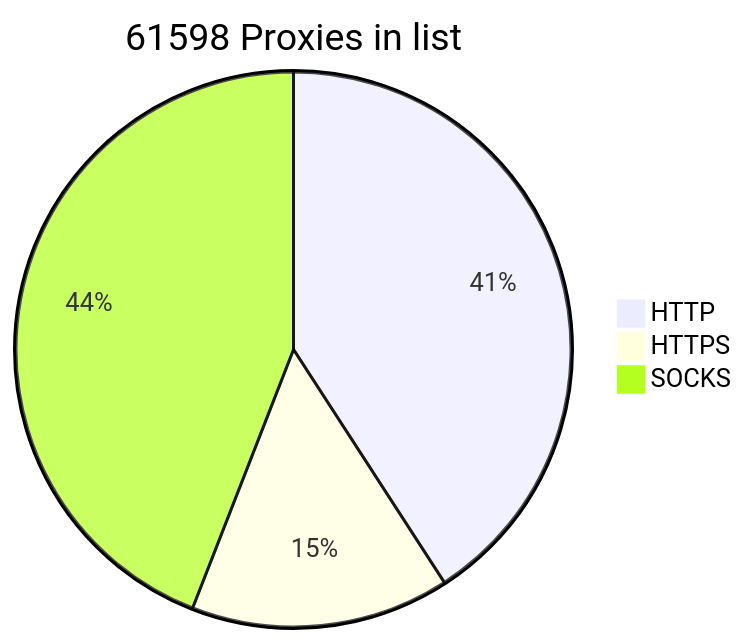
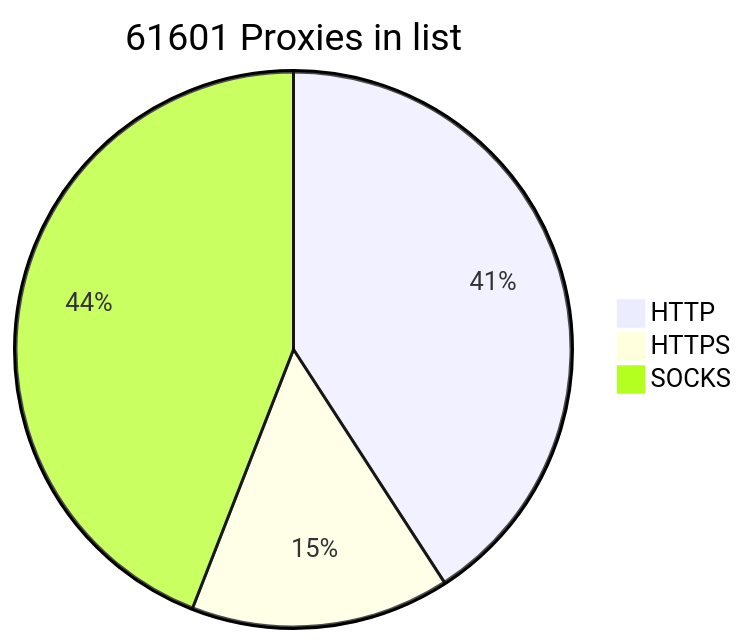
Before and after one commit to BlackSnowDot/proxylist-update-every-minute: the diagram in README.md, drawn with Mermaid.

````diff
--- a/README.md
+++ b/README.md
@@ -2,6 +2,6 @@
 ```mermaid
-pie title 61598 Proxies in list
-    "HTTP" : 28565
-    "HTTPS": 10535
+pie title 61601 Proxies in list
+    "HTTP" : 28561
+    "HTTPS": 10539
     "SOCKS" : 30818
 ```
````
